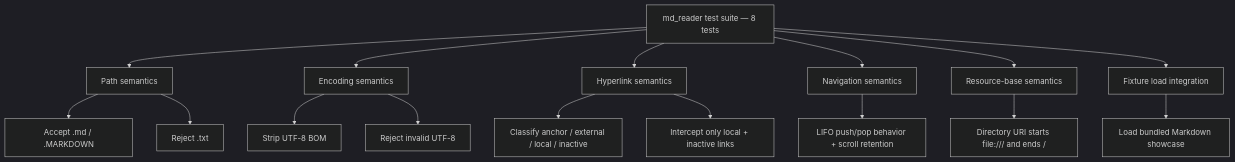
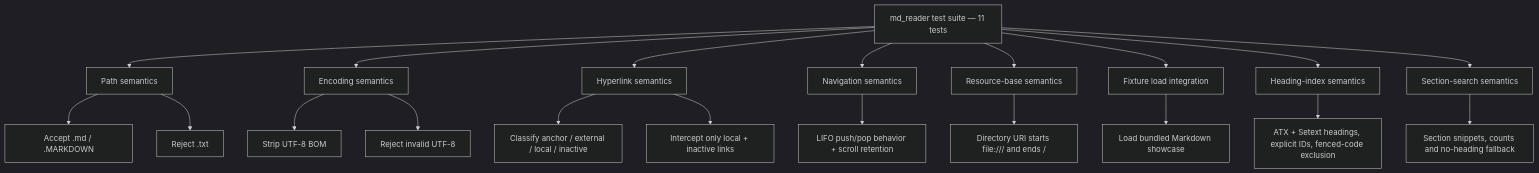
One commit to OrewellianWinston/Muddy_Reader changed diagram 19 of 25 in README.md. Above: the diagram before and after it, drawn with Mermaid (dark theme). The commit also changed other lines of this file, not shown here.

Commit message:
docs: update reader capabilities and README math

````diff
--- a/README.md
+++ b/README.md
@@ -1037,19 +1078,23 @@
 ```mermaid
 flowchart TB
-    SUITE["md_reader test suite — 8 tests"] --> PATHS["Path semantics"]
+    SUITE["md_reader test suite — 11 tests"] --> PATHS["Path semantics"]
     SUITE --> ENCODING["Encoding semantics"]
     SUITE --> LINKS["Hyperlink semantics"]
     SUITE --> HISTORY["Navigation semantics"]
     SUITE --> URI["Resource-base semantics"]
     SUITE --> FIXTURE["Fixture load integration"]
+    SUITE --> INDEX["Heading-index semantics"]
+    SUITE --> SEARCH["Section-search semantics"]
 
     PATHS --> T1["Accept .md / .MARKDOWN"]
     PATHS --> T2["Reject .txt"]
     ENCODING --> T3["Strip UTF-8 BOM"]
     ENCODING --> T4["Reject invalid UTF-8"]
     LINKS --> T5["Classify anchor / external / local / inactive"]
     LINKS --> T6["Intercept only local + inactive links"]
     HISTORY --> T7["LIFO push/pop behavior + scroll retention"]
     URI --> T8["Directory URI starts file:/// and ends /"]
     FIXTURE --> T9["Load bundled Markdown showcase"]
+    INDEX --> T10["ATX + Setext headings, explicit IDs, fenced-code exclusion"]
+    SEARCH --> T11["Section snippets, counts and no-heading fallback"]
 ```
````
